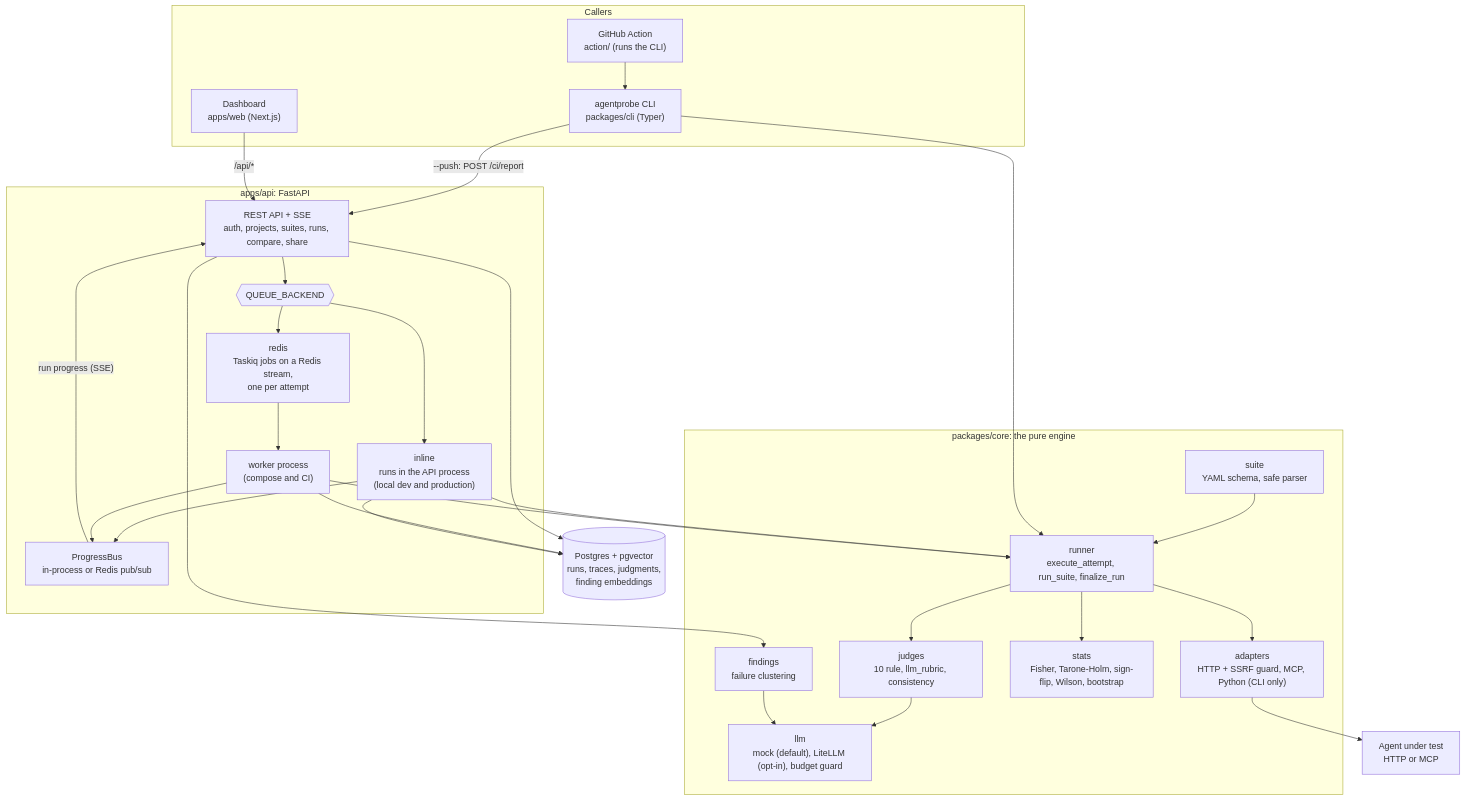
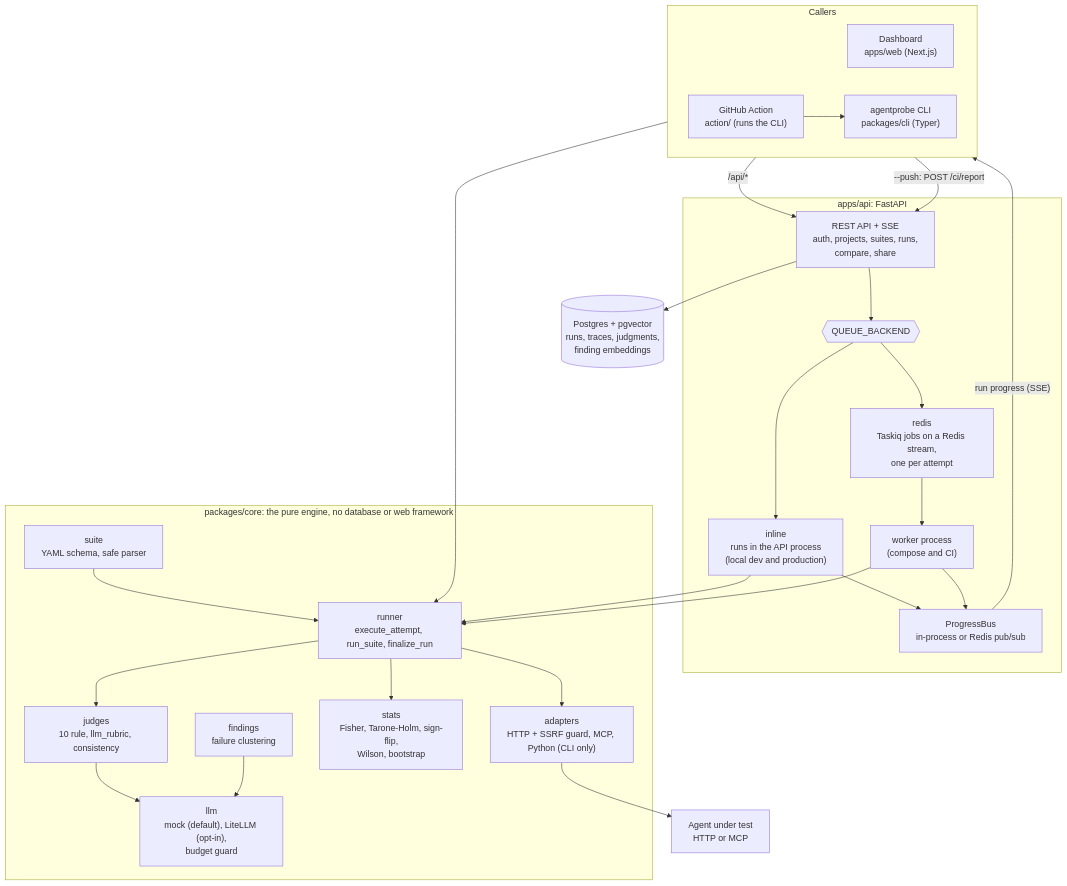
Before and after one commit to AlfredBateman/AgentProbe: the first of 2 diagrams in README.md, drawn with Mermaid.

Commit message:
docs: simpler code architecture diagram in the README

````diff
--- a/README.md
+++ b/README.md
@@ -64,56 +64,52 @@
 ```mermaid
 flowchart TB
     subgraph clients["Callers"]
+        direction LR
+        WEB["Dashboard<br/>apps/web (Next.js)"]
         CLI["agentprobe CLI<br/>packages/cli (Typer)"]
         ACT["GitHub Action<br/>action/ (runs the CLI)"]
-        WEB["Dashboard<br/>apps/web (Next.js)"]
     end
 
-    subgraph core["packages/core: the pure engine"]
-        SUITE["suite<br/>YAML schema, safe parser"]
-        RUNNER["runner<br/>execute_attempt, run_suite, finalize_run"]
-        ADAPT["adapters<br/>HTTP + SSRF guard, MCP, Python (CLI only)"]
-        JUDGE["judges<br/>10 rule, llm_rubric, consistency"]
-        LLM["llm<br/>mock (default), LiteLLM (opt-in), budget guard"]
-        STATS["stats<br/>Fisher, Tarone-Holm, sign-flip, Wilson, bootstrap"]
-        FIND["findings<br/>failure clustering"]
-    end
-
-    SUITE --> RUNNER
-    RUNNER --> ADAPT
-    RUNNER --> JUDGE
-    JUDGE --> LLM
-    RUNNER --> STATS
-    FIND --> LLM
-
-    AGENT["Agent under test<br/>HTTP or MCP"]
-    ADAPT --> AGENT
-
-    CLI --> RUNNER
-    CLI -- "--push: POST /ci/report" --> API
     ACT --> CLI
 
     subgraph server["apps/api: FastAPI"]
-        API["REST API + SSE<br/>auth, projects, suites, runs, compare, share"]
+        API["REST API + SSE<br/>auth, projects, suites, runs,<br/>compare, share"]
         QB{{"QUEUE_BACKEND"}}
         INL["inline<br/>runs in the API process<br/>(local dev and production)"]
         RQ["redis<br/>Taskiq jobs on a Redis stream,<br/>one per attempt"]
         WRK["worker process<br/>(compose and CI)"]
         BUS["ProgressBus<br/>in-process or Redis pub/sub"]
         API --> QB
         QB --> INL
         QB --> RQ
         RQ --> WRK
         INL --> BUS
         WRK --> BUS
-        BUS -- "run progress (SSE)" --> API
     end
 
+    WEB -- "/api/*" --> API
+    BUS -- "run progress (SSE)" --> WEB
+    CLI -- "--push: POST /ci/report" --> API
+    API --> PG[("Postgres + pgvector<br/>runs, traces, judgments,<br/>finding embeddings")]
+
+    subgraph core["packages/core: the pure engine, no database or web framework"]
+        RUNNER["runner<br/>execute_attempt, run_suite, finalize_run"]
+        SUITE["suite<br/>YAML schema, safe parser"]
+        ADAPT["adapters<br/>HTTP + SSRF guard, MCP, Python (CLI only)"]
+        JUDGE["judges<br/>10 rule, llm_rubric, consistency"]
+        STATS["stats<br/>Fisher, Tarone-Holm, sign-flip,<br/>Wilson, bootstrap"]
+        FIND["findings<br/>failure clustering"]
+        LLM["llm<br/>mock (default), LiteLLM (opt-in),<br/>budget guard"]
+        SUITE --> RUNNER
+        RUNNER --> ADAPT
+        RUNNER --> JUDGE
+        RUNNER --> STATS
+        JUDGE --> LLM
+        FIND --> LLM
+    end
+
+    CLI --> RUNNER
     INL --> RUNNER
     WRK --> RUNNER
-    WEB -- "/api/*" --> API
-    API --> PG[("Postgres + pgvector<br/>runs, traces, judgments,<br/>finding embeddings")]
-    WRK --> PG
-    INL --> PG
-    API --> FIND
+    ADAPT --> AGENT["Agent under test<br/>HTTP or MCP"]
 ```
````
